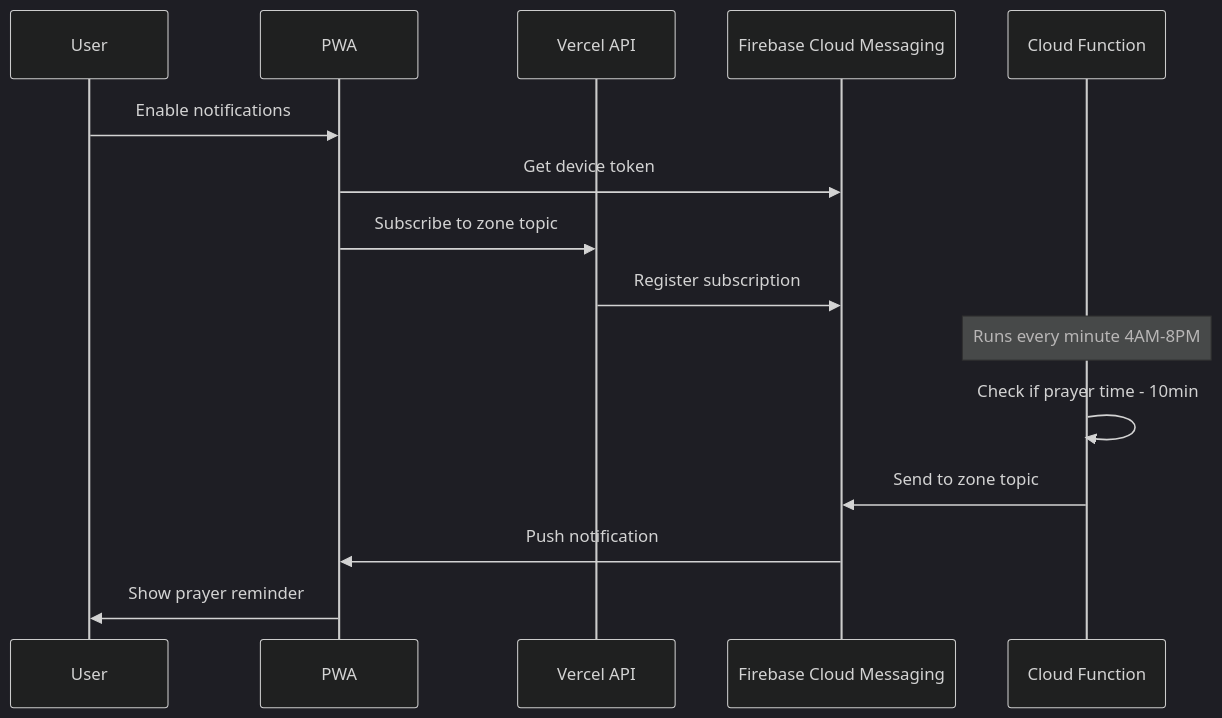
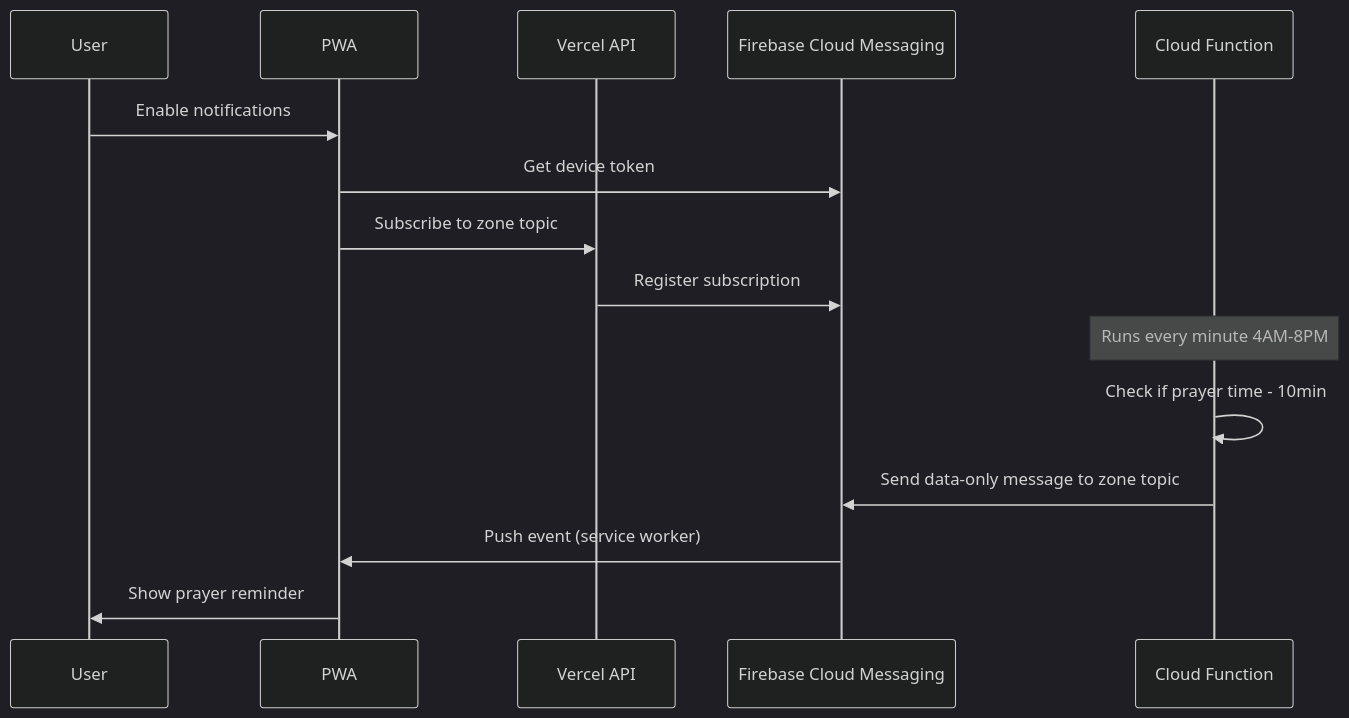
One commit to mushtaqj/prayer-times-sl changed the second of 2 diagrams in README.md. Above: the diagram before and after it, drawn with Mermaid (dark theme). The commit also changed other lines of this file, not shown here.

Commit message:
docs: describe service worker, notification rules, icons and scheduled sync

````diff
--- a/README.md
+++ b/README.md
@@ -130,19 +133,19 @@
 ```mermaid
 sequenceDiagram
     participant User
     participant PWA
     participant Vercel as Vercel API
     participant FCM as Firebase Cloud Messaging
     participant CloudFn as Cloud Function
     
     User->>PWA: Enable notifications
     PWA->>FCM: Get device token
     PWA->>Vercel: Subscribe to zone topic
     Vercel->>FCM: Register subscription
     
     Note over CloudFn: Runs every minute 4AM-8PM
     CloudFn->>CloudFn: Check if prayer time - 10min
-    CloudFn->>FCM: Send to zone topic
-    FCM->>PWA: Push notification
+    CloudFn->>FCM: Send data-only message to zone topic
+    FCM->>PWA: Push event (service worker)
     PWA->>User: Show prayer reminder
 ```
````
